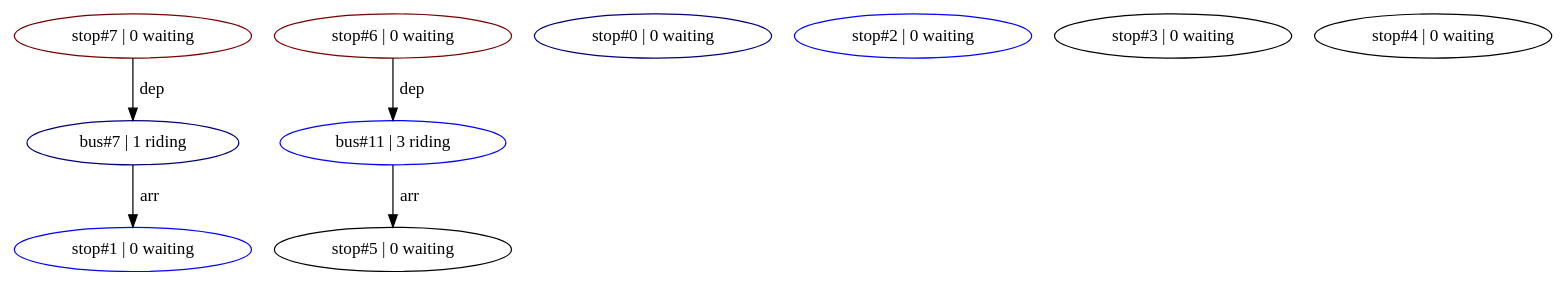
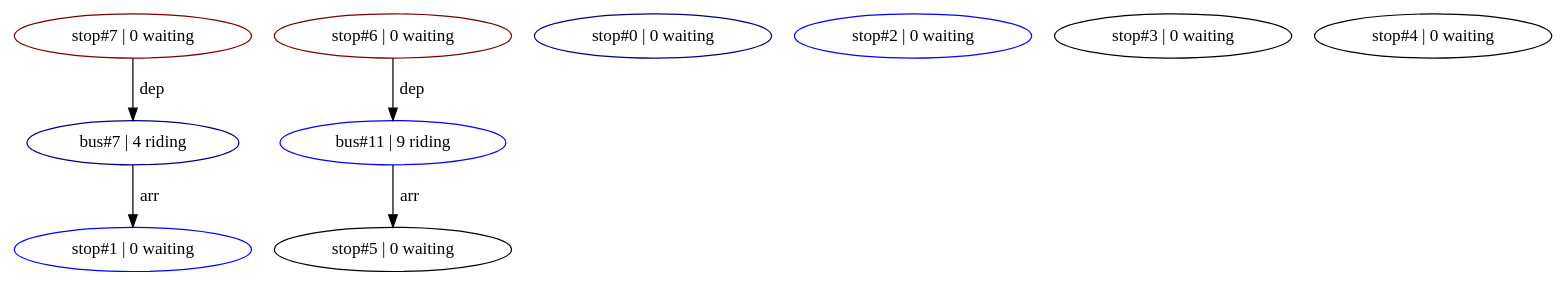
Before and after one commit to spmatthews03/MARTA: the diagram in bin/mts_digraph.dot, drawn with Graphviz. The commit also changed 6 other files, not shown here.

```diff
--- a/bin/mts_digraph.dot
+++ b/bin/mts_digraph.dot
@@ -1,19 +1,19 @@
 digraph G
 {
-  bus7 [ label="bus#7 | 1 riding", color="#000077"];
-  bus11 [ label="bus#11 | 3 riding", color="#0000FF"];
+  bus7 [ label="bus#7 | 4 riding", color="#000077"];
+  bus11 [ label="bus#11 | 9 riding", color="#0000FF"];
 
   stop0 [ label="stop#0 | 0 waiting", color="#000077"];
   stop1 [ label="stop#1 | 0 waiting", color="#0000FF"];
   stop2 [ label="stop#2 | 0 waiting", color="#0000FF"];
   stop3 [ label="stop#3 | 0 waiting", color="#000000"];
   stop4 [ label="stop#4 | 0 waiting", color="#000000"];
   stop5 [ label="stop#5 | 0 waiting", color="#000000"];
   stop6 [ label="stop#6 | 0 waiting", color="#770000"];
   stop7 [ label="stop#7 | 0 waiting", color="#770000"];
 
   stop7 -> bus7 [ label=" dep" ];
   bus7 -> stop1 [ label=" arr" ];
   stop6 -> bus11 [ label=" dep" ];
   bus11 -> stop5 [ label=" arr" ];
 }
```
